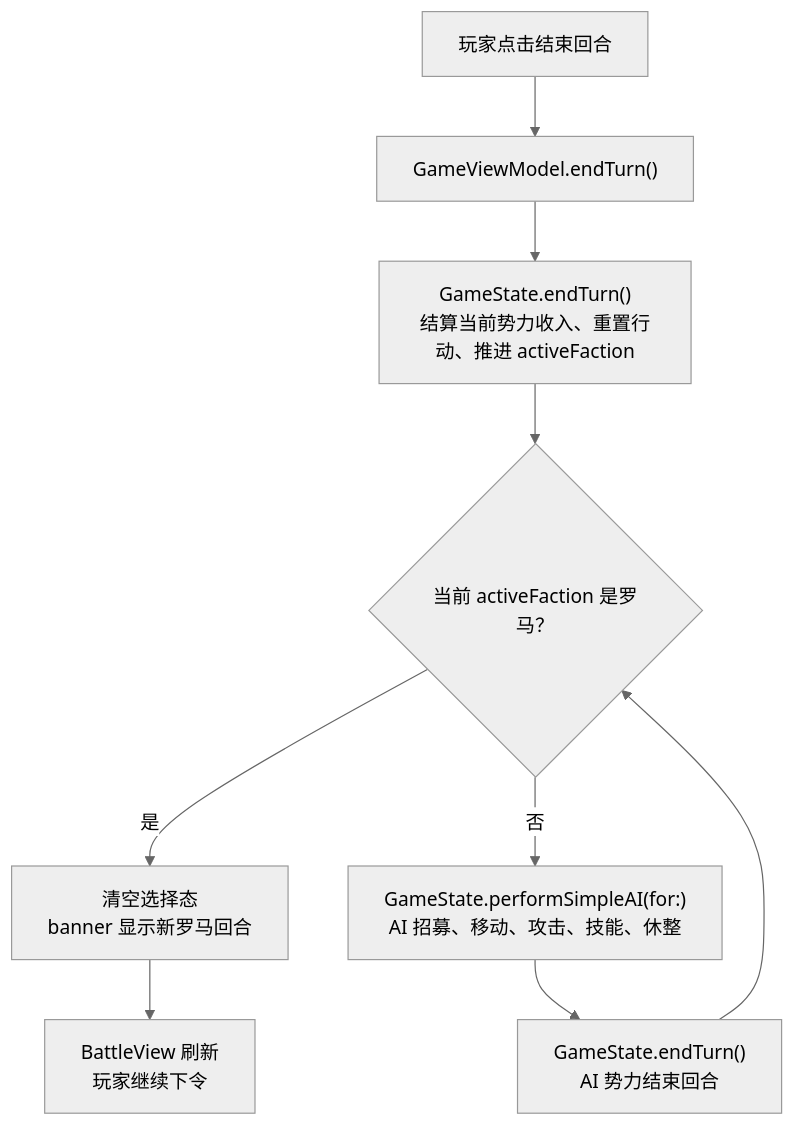
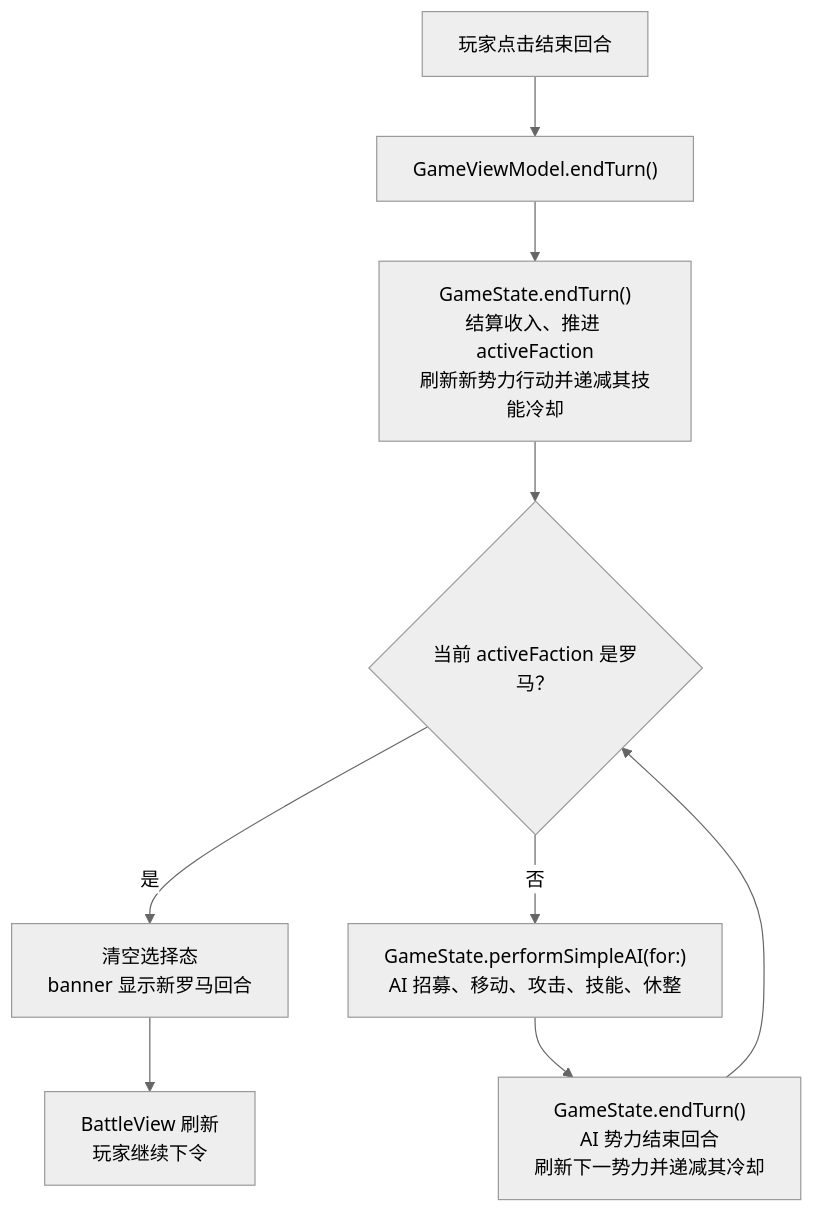
One commit to Altman-sam114/119 changed the second of 6 diagrams in md/flow/flowchart.md. Above: the diagram before and after it, drawn with Mermaid (neutral theme). The commit also changed other lines of this file and 11 other files, not shown here.

````diff
--- a/md/flow/flowchart.md
+++ b/md/flow/flowchart.md
@@ -28,11 +28,11 @@
 ```mermaid
 flowchart TD
     A["玩家点击结束回合"] --> B["GameViewModel.endTurn()"]
-    B --> C["GameState.endTurn()<br/>结算当前势力收入、重置行动、推进 activeFaction"]
+    B --> C["GameState.endTurn()<br/>结算收入、推进 activeFaction<br/>刷新新势力行动并递减其技能冷却"]
     C --> D{"当前 activeFaction 是罗马？"}
     D -->|是| E["清空选择态<br/>banner 显示新罗马回合"]
     D -->|否| F["GameState.performSimpleAI(for:)<br/>AI 招募、移动、攻击、技能、休整"]
-    F --> G["GameState.endTurn()<br/>AI 势力结束回合"]
+    F --> G["GameState.endTurn()<br/>AI 势力结束回合<br/>刷新下一势力并递减其冷却"]
     G --> D
     E --> H["BattleView 刷新<br/>玩家继续下令"]
 ```
````
